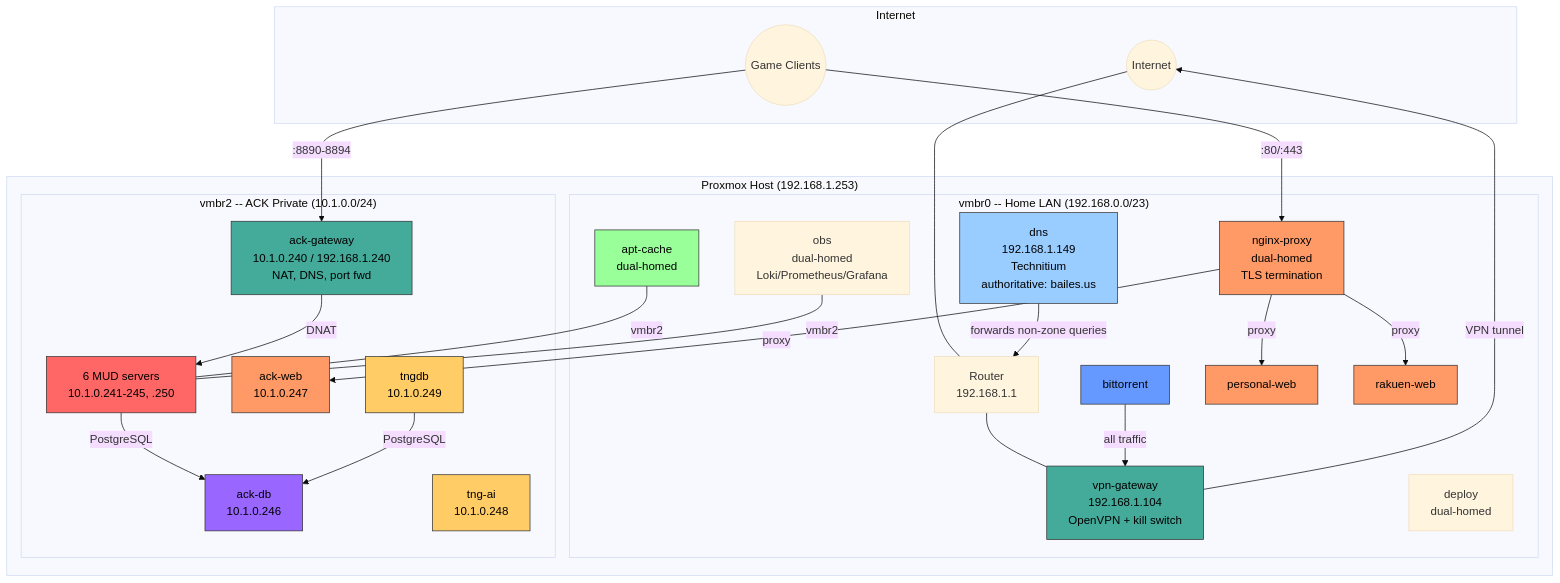
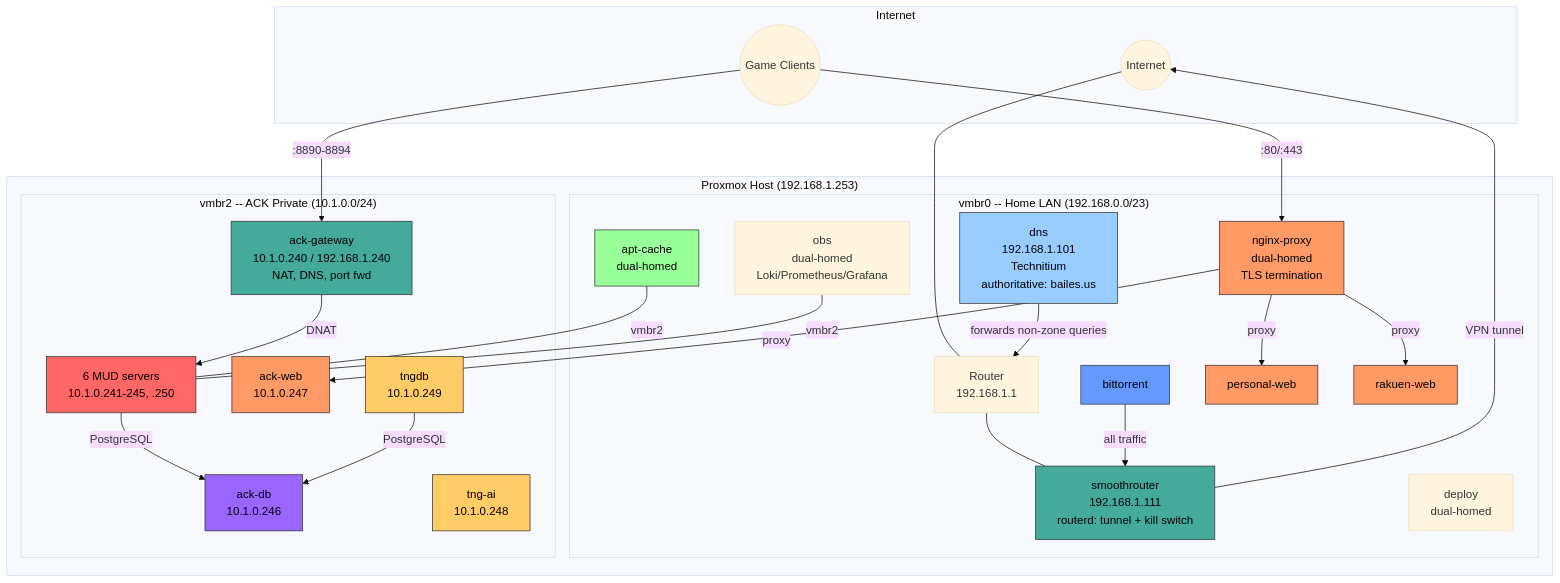
The diagram in architecture.md (JBailes/infrastructure), drawn with Mermaid (base theme) before and after one commit. The commit also changed other lines of this file and 1 other file, not shown here.

First line of the commit message:
feat: replace the OpenVPN gateway VM with smoothrouter

````diff
--- a/architecture.md
+++ b/architecture.md
@@ -10,63 +10,63 @@
 ```mermaid
 graph TB
     subgraph Internet
         INET((Internet))
         PLAYERS((Game Clients))
     end
 
     subgraph PVE["Proxmox Host (192.168.1.253)"]
         subgraph VMBR0["vmbr0 -- Home LAN (192.168.0.0/23)"]
             ROUTER["Router<br/>192.168.1.1"]
-            DNS["dns<br/>192.168.1.149<br/>Technitium<br/>authoritative: bailes.us"]
-            VPN["vpn-gateway<br/>192.168.1.104<br/>OpenVPN + kill switch"]
+            DNS["dns<br/>192.168.1.101<br/>Technitium<br/>authoritative: bailes.us"]
+            VPN["smoothrouter<br/>192.168.1.111<br/>routerd: tunnel + kill switch"]
             BT["bittorrent"]
             NGINX["nginx-proxy<br/>dual-homed<br/>TLS termination"]
             PWEB["personal-web"]
             RWEB["rakuen-web"]
             OBS["obs<br/>dual-homed<br/>Loki/Prometheus/Grafana"]
             CACHE["apt-cache<br/>dual-homed"]
             DEPLOY["deploy<br/>dual-homed"]
         end
 
         subgraph VMBR2["vmbr2 -- ACK Private (10.1.0.0/24)"]
             ACKGW["ack-gateway<br/>10.1.0.240 / 192.168.1.240<br/>NAT, DNS, port fwd"]
             ACKDB["ack-db<br/>10.1.0.246"]
             MUDS["6 MUD servers<br/>10.1.0.241-245, .250"]
             ACKWEB["ack-web<br/>10.1.0.247"]
             TNGAI["tng-ai<br/>10.1.0.248"]
             TNGDB["tngdb<br/>10.1.0.249"]
         end
     end
 
     INET --- ROUTER
     ROUTER --- VPN
     VPN -->|"VPN tunnel"| INET
     BT -->|"all traffic"| VPN
 
     DNS -->|"forwards non-zone queries"| ROUTER
     PLAYERS -->|":80/:443"| NGINX
     NGINX -->|"proxy"| ACKWEB
     NGINX -->|"proxy"| PWEB
     NGINX -->|"proxy"| RWEB
     PLAYERS -->|":8890-8894"| ACKGW
     ACKGW -->|"DNAT"| MUDS
     MUDS -->|"PostgreSQL"| ACKDB
     TNGDB -->|"PostgreSQL"| ACKDB
 
     CACHE ---|"vmbr2"| MUDS
     OBS ---|"vmbr2"| MUDS
 
     style DNS fill:#9cf,stroke:#333,color:#000
     style CACHE fill:#9f9,stroke:#333,color:#000
     style ACKGW fill:#4a9,stroke:#333,color:#000
     style VPN fill:#4a9,stroke:#333,color:#000
     style MUDS fill:#f66,stroke:#333,color:#000
     style ACKDB fill:#96f,stroke:#333,color:#000
     style BT fill:#69f,stroke:#333,color:#000
     style NGINX fill:#f96,stroke:#333,color:#000
     style PWEB fill:#f96,stroke:#333,color:#000
     style RWEB fill:#f96,stroke:#333,color:#000
     style ACKWEB fill:#f96,stroke:#333,color:#000
     style TNGAI fill:#fc6,stroke:#333,color:#000
     style TNGDB fill:#fc6,stroke:#333,color:#000
 ```
````
